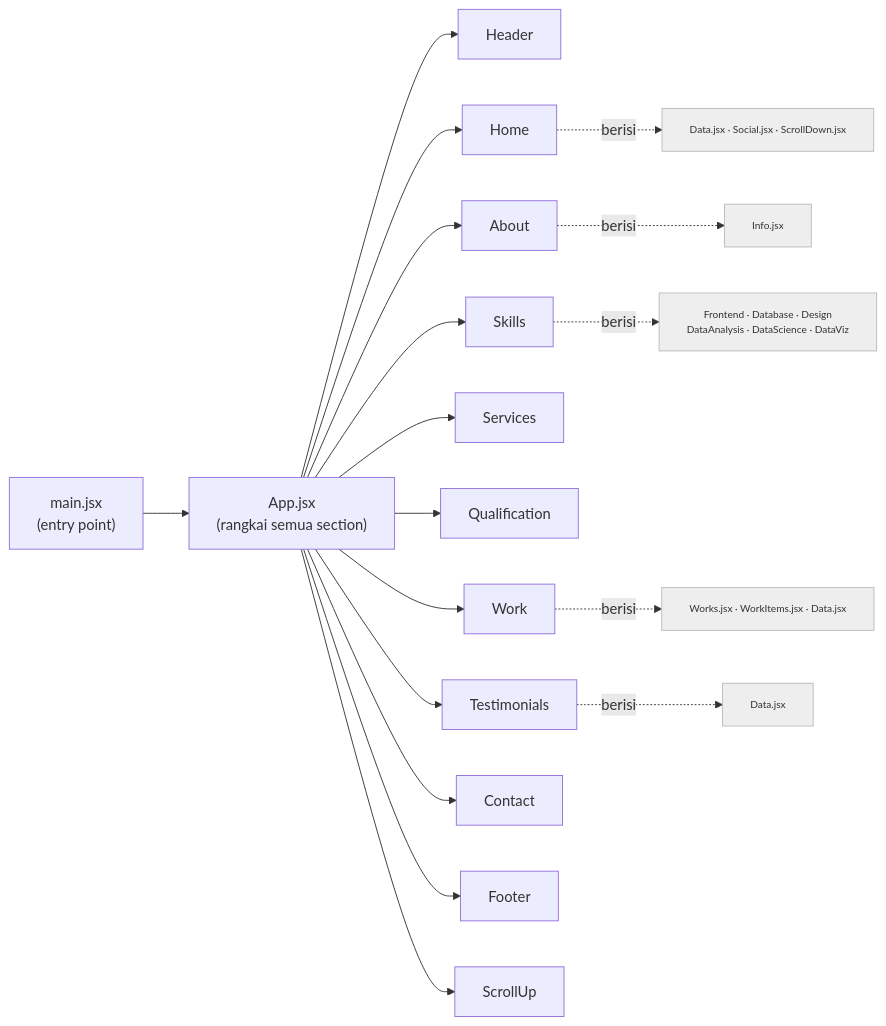
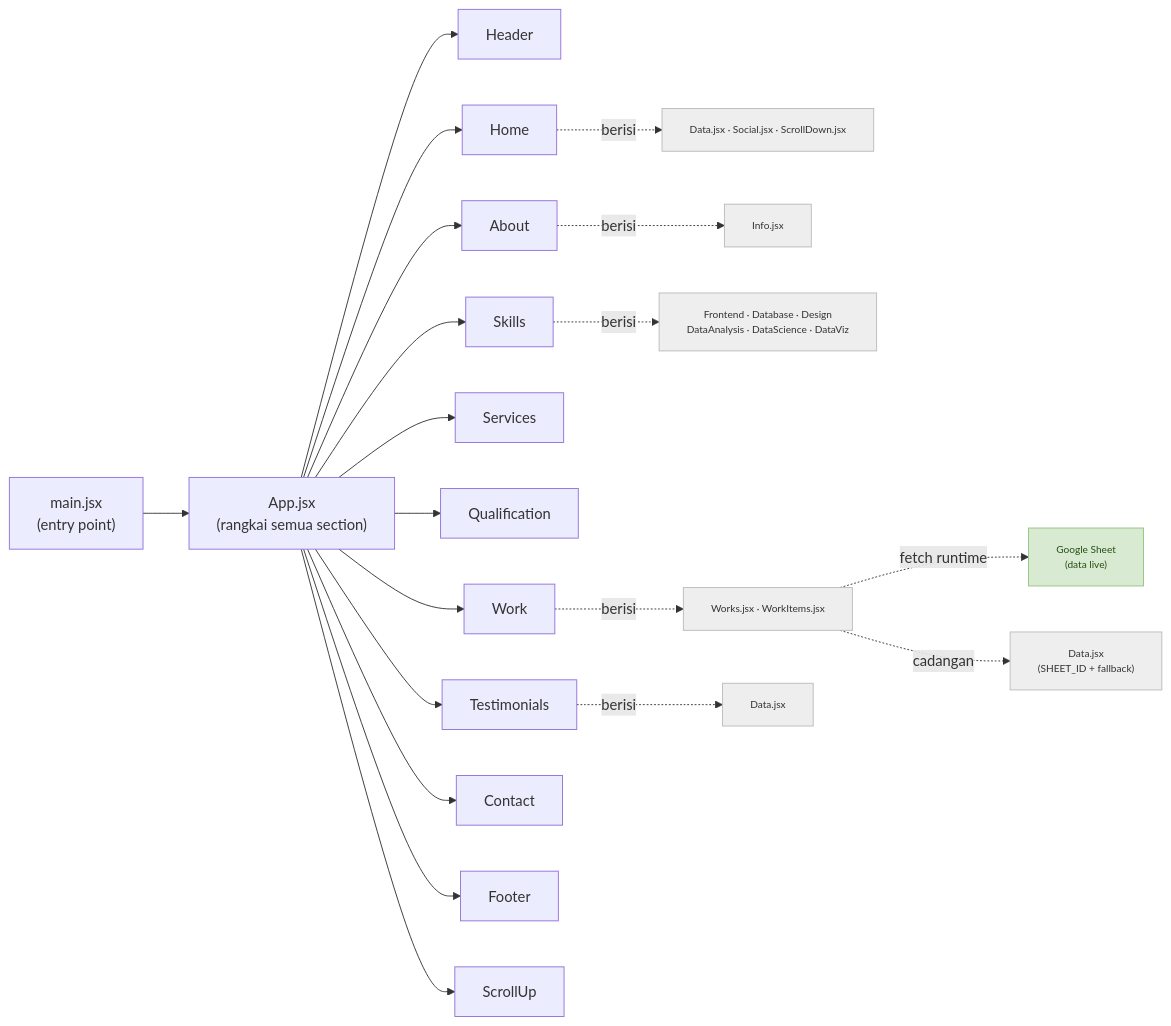
Before and after one commit to Zen-Rofiqy/portfolio: the diagram in ARCHITECTURE.md, drawn with Mermaid. The commit also changed other lines of this file, not shown here.

````diff
--- a/ARCHITECTURE.md
+++ b/ARCHITECTURE.md
@@ -18,24 +18,28 @@
 ```mermaid
 graph LR
   main["main.jsx<br/>(entry point)"] --> App["App.jsx<br/>(rangkai semua section)"]
   App --> Header
   App --> Home
   App --> About
   App --> Skills
   App --> Services
   App --> Qualification
   App --> Work
   App --> Testimonials
   App --> Contact
   App --> Footer
   App --> ScrollUp
 
   Home -. berisi .-> HomeSub["Data.jsx · Social.jsx · ScrollDown.jsx"]
   About -. berisi .-> AboutSub["Info.jsx"]
   Skills -. berisi .-> SkillsSub["Frontend · Database · Design<br/>DataAnalysis · DataScience · DataViz"]
-  Work -. berisi .-> WorkSub["Works.jsx · WorkItems.jsx · Data.jsx"]
+  Work -. berisi .-> WorkSub["Works.jsx · WorkItems.jsx"]
+  WorkSub -. fetch runtime .-> Sheet["Google Sheet<br/>(data live)"]
+  WorkSub -. cadangan .-> WorkData["Data.jsx<br/>(SHEET_ID + fallback)"]
   Testimonials -. berisi .-> TestiSub["Data.jsx"]
 
   classDef sub fill:#eee,stroke:#bbb,color:#333,font-size:11px;
-  class HomeSub,AboutSub,SkillsSub,WorkSub,TestiSub sub;
+  classDef ext fill:#d9ead3,stroke:#93c47d,color:#274e13,font-size:11px;
+  class HomeSub,AboutSub,SkillsSub,WorkSub,WorkData,TestiSub sub;
+  class Sheet ext;
 ```
````
